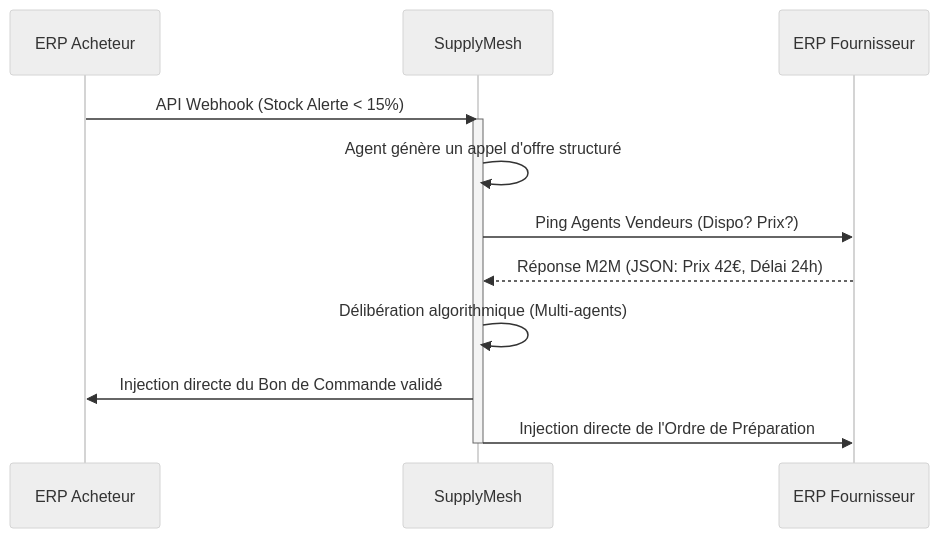
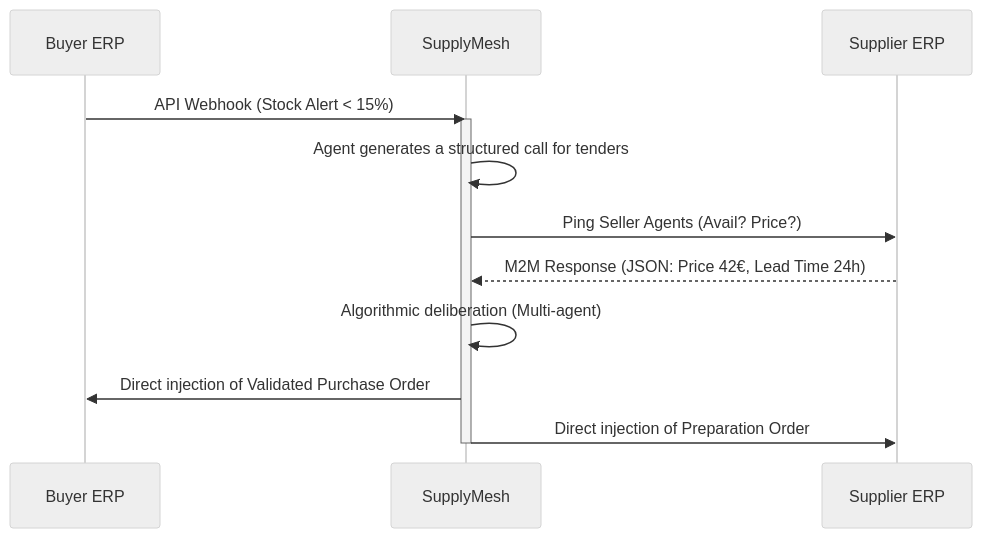
Before and after one commit to flouzzy/top-100-ai-startup-ideas: the second of 2 diagrams in ideas/supplymesh-ai/README.md, drawn with Mermaid (neutral theme). The commit also changed other lines of this file and 21 other files, not shown here.

````diff
--- a/ideas/supplymesh-ai/README.md
+++ b/ideas/supplymesh-ai/README.md
@@ -64,16 +66,16 @@
 ```mermaid
 sequenceDiagram
-    participant ERP_Client as ERP Acheteur
+    participant ERP_Client as Buyer ERP
     participant SupplyMesh
-    participant ERP_Fournisseur as ERP Fournisseur
+    participant ERP_Fournisseur as Supplier ERP
 
-    ERP_Client->>SupplyMesh: API Webhook (Stock Alerte < 15%)
+    ERP_Client->>SupplyMesh: API Webhook (Stock Alert < 15%)
     activate SupplyMesh
-    SupplyMesh->>SupplyMesh: Agent génère un appel d'offre structuré
-    SupplyMesh->>ERP_Fournisseur: Ping Agents Vendeurs (Dispo? Prix?)
-    ERP_Fournisseur-->>SupplyMesh: Réponse M2M (JSON: Prix 42€, Délai 24h)
-    SupplyMesh->>SupplyMesh: Délibération algorithmique (Multi-agents)
-    SupplyMesh->>ERP_Client: Injection directe du Bon de Commande validé
-    SupplyMesh->>ERP_Fournisseur: Injection directe de l'Ordre de Préparation
+    SupplyMesh->>SupplyMesh: Agent generates a structured call for tenders
+    SupplyMesh->>ERP_Fournisseur: Ping Seller Agents (Avail? Price?)
+    ERP_Fournisseur-->>SupplyMesh: M2M Response (JSON: Price 42€, Lead Time 24h)
+    SupplyMesh->>SupplyMesh: Algorithmic deliberation (Multi-agent)
+    SupplyMesh->>ERP_Client: Direct injection of Validated Purchase Order
+    SupplyMesh->>ERP_Fournisseur: Direct injection of Preparation Order
     deactivate SupplyMesh
 ```
````
